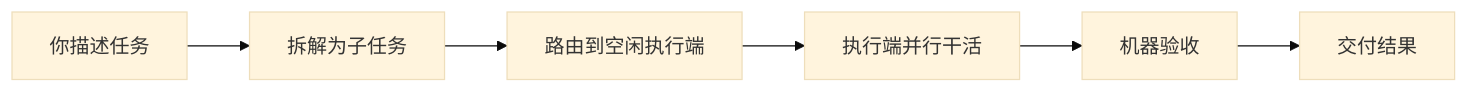
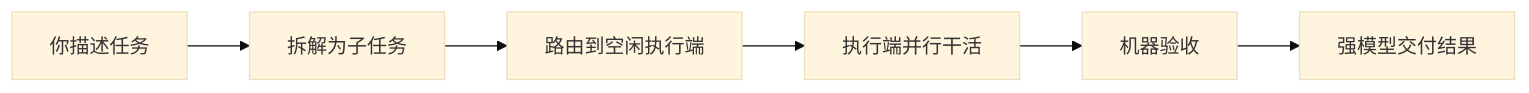
The diagram in README_CN.md (Soulmate-Halo/qiling-soulmate), drawn with Mermaid (base theme) before and after one commit. The commit also changed other lines of this file and 1 other file, not shown here.

````diff
--- a/README_CN.md
+++ b/README_CN.md
@@ -52,8 +67,8 @@
 ```mermaid
 flowchart LR
   A[你描述任务] --> B[拆解为子任务]
   B --> C[路由到空闲执行端]
   C --> D[执行端并行干活]
   D --> E[机器验收]
-  E --> F[交付结果]
+  E --> F[强模型交付结果]
 ```
````
